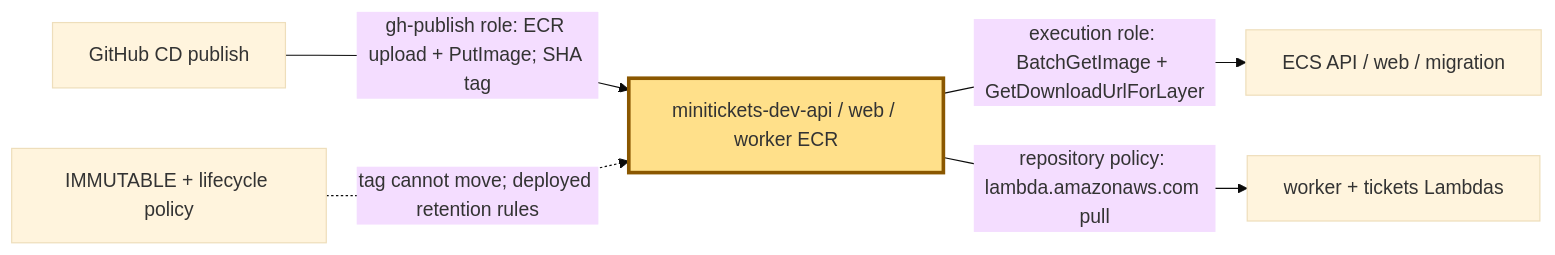
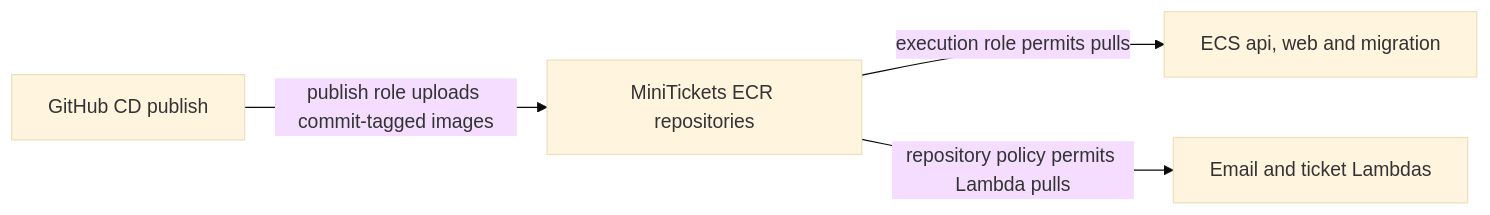
One commit to maheshnd/minitickets changed the diagram in docs/handbook/concepts/ecr.md. Above: the diagram before and after it, drawn with Mermaid (base theme). The commit also changed other lines of this file and 39 other files, not shown here.

````diff
--- a/docs/handbook/concepts/ecr.md
+++ b/docs/handbook/concepts/ecr.md
@@ -13,9 +17,6 @@
 ```mermaid
 flowchart LR
-    G["GitHub CD publish"] -->|"gh-publish role: ECR upload + PutImage; SHA tag"| R["minitickets-dev-api / web / worker ECR"]
-    R -->|"execution role: BatchGetImage + GetDownloadUrlForLayer"| T["ECS API / web / migration"]
-    R -->|"repository policy: lambda.amazonaws.com pull"| L["worker + tickets Lambdas"]
-    P["IMMUTABLE + lifecycle policy"] -.->|"tag cannot move; deployed retention rules"| R
-    classDef focus fill:#ffe08a,stroke:#8a5700,stroke-width:3px
-    class R focus
+    publish["GitHub CD publish"] -->|"publish role uploads commit-tagged images"| registry["MiniTickets ECR repositories"]
+    registry -->|"execution role permits pulls"| ecs["ECS api, web and migration"]
+    registry -->|"repository policy permits Lambda pulls"| lambda["Email and ticket Lambdas"]
 ```
````
